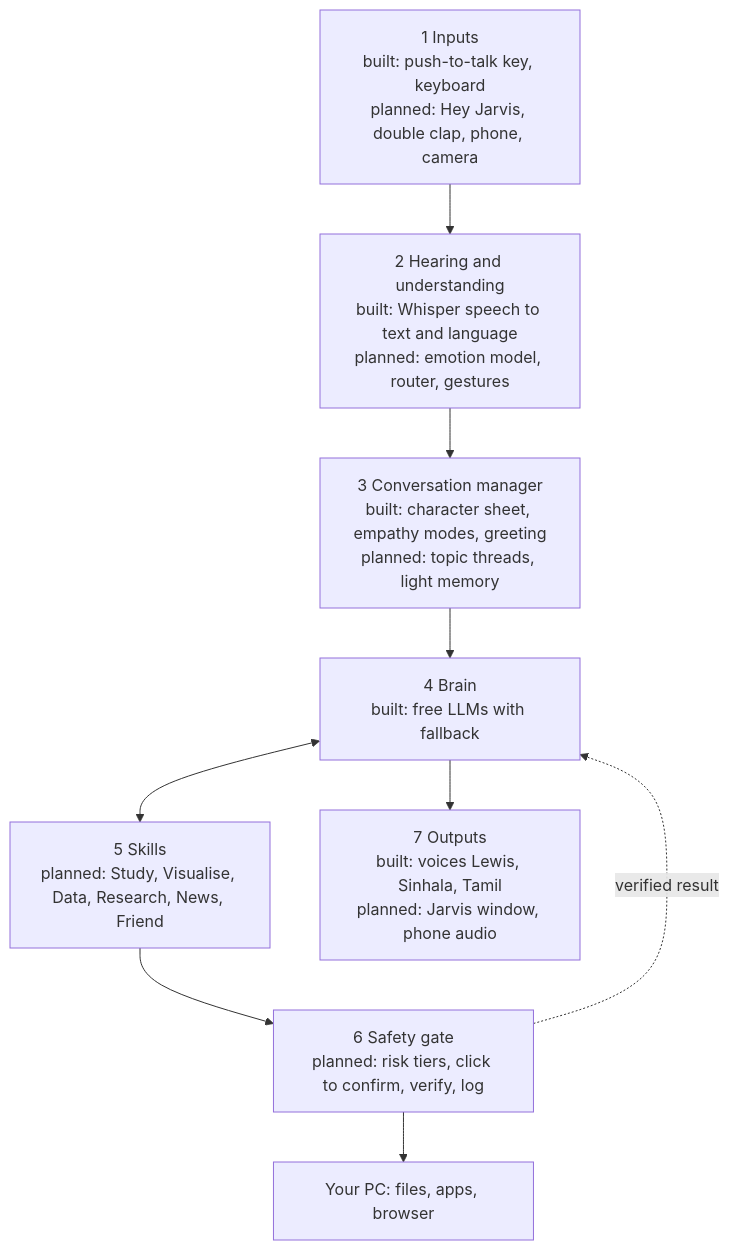
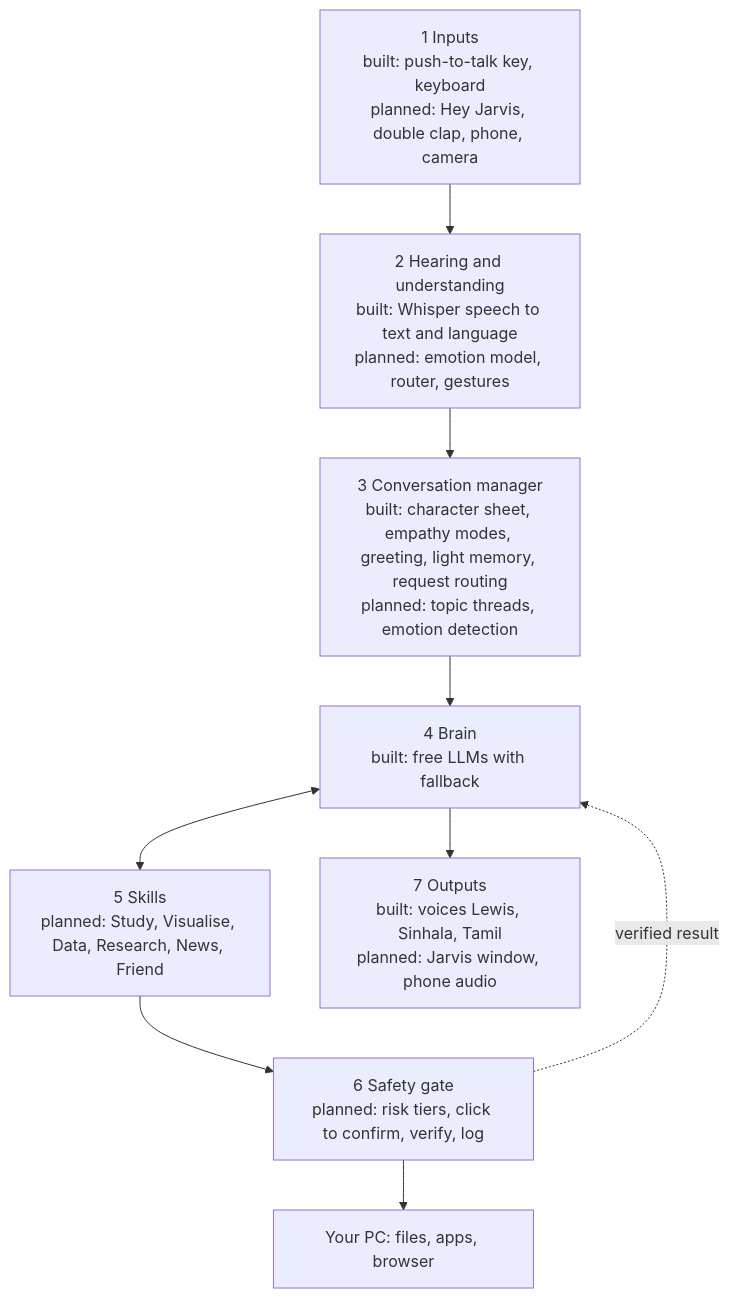
Before and after one commit to Adirc7/Jarvis: the first of 5 diagrams in docs/ARCHITECTURE.md, drawn with Mermaid. The commit also changed 26 other files, not shown here.

````diff
--- a/docs/ARCHITECTURE.md
+++ b/docs/ARCHITECTURE.md
@@ -19,16 +19,16 @@
 ```mermaid
 flowchart TB
     IN["1 Inputs<br/>built: push-to-talk key, keyboard<br/>planned: Hey Jarvis, double clap, phone, camera"]
     HEAR["2 Hearing and understanding<br/>built: Whisper speech to text and language<br/>planned: emotion model, router, gestures"]
-    CONV["3 Conversation manager<br/>built: character sheet, empathy modes, greeting<br/>planned: topic threads, light memory"]
+    CONV["3 Conversation manager<br/>built: character sheet, empathy modes, greeting, light memory, request routing<br/>planned: topic threads, emotion detection"]
     BRAIN["4 Brain<br/>built: free LLMs with fallback"]
     SKILLS["5 Skills<br/>planned: Study, Visualise, Data, Research, News, Friend"]
     GATE["6 Safety gate<br/>planned: risk tiers, click to confirm, verify, log"]
     PC["Your PC: files, apps, browser"]
     OUT["7 Outputs<br/>built: voices Lewis, Sinhala, Tamil<br/>planned: Jarvis window, phone audio"]
     IN --> HEAR --> CONV --> BRAIN
     BRAIN <--> SKILLS
     SKILLS --> GATE --> PC
     GATE -. "verified result" .-> BRAIN
     BRAIN --> OUT
 ```
````
